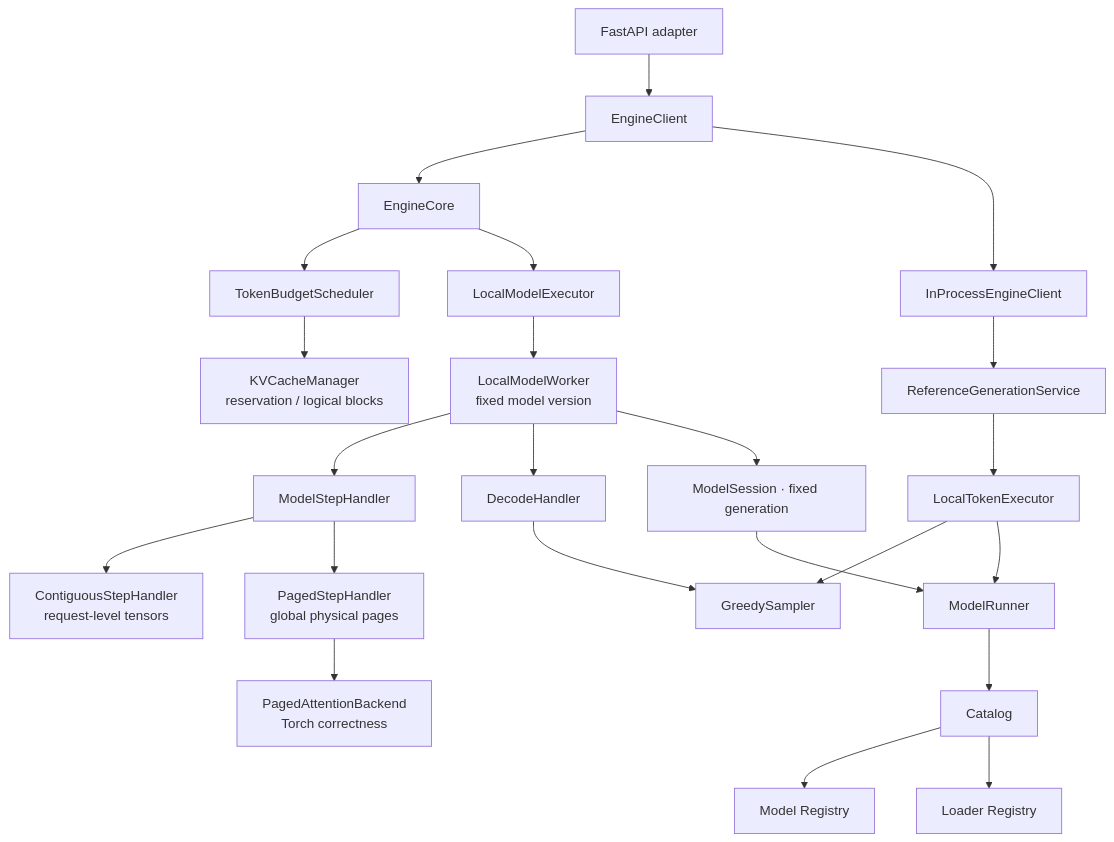
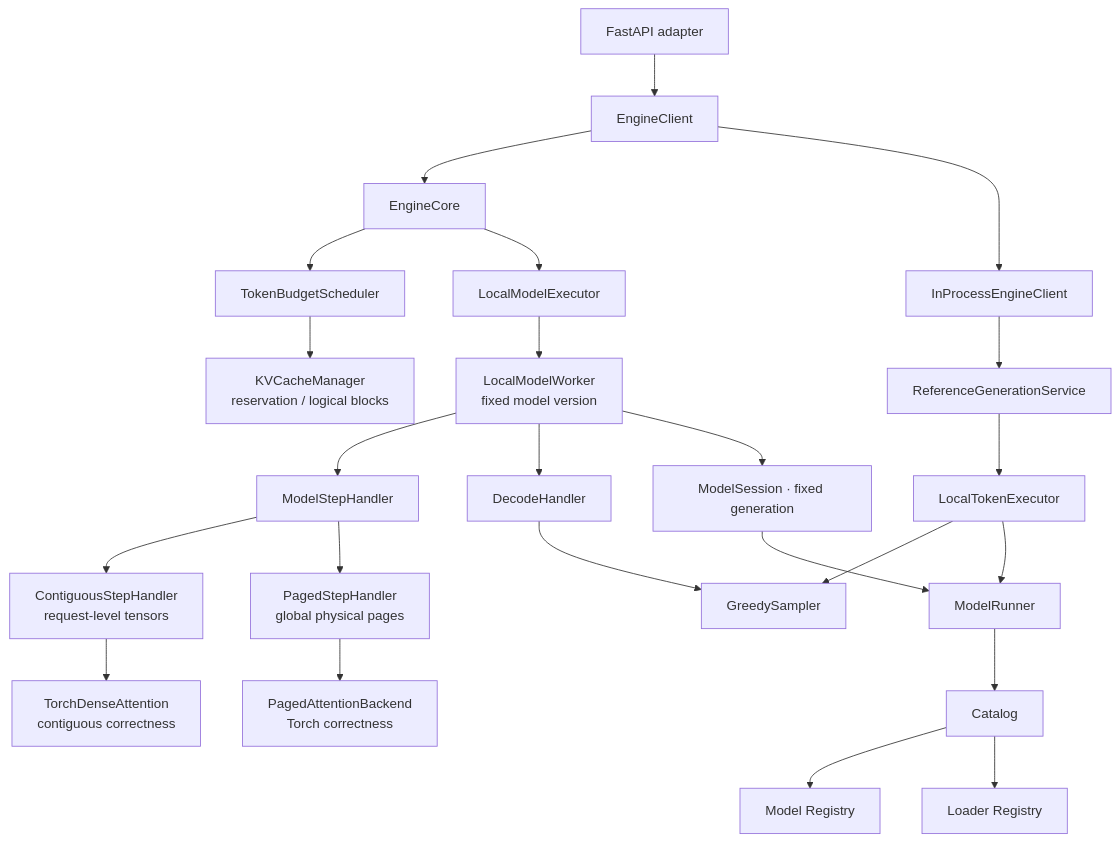
One commit to poorpaper/light-vllm changed the first of 3 diagrams in docs/design.md. Above: the diagram before and after it, drawn with Mermaid. The commit also changed other lines of this file and 3 other files, not shown here.

````diff
--- a/docs/design.md
+++ b/docs/design.md
@@ -58,28 +58,29 @@
 ```mermaid
 flowchart TB
     HTTP["FastAPI adapter"] --> Client["EngineClient"]
 
     Client --> Core["EngineCore"]
     Client --> Bridge["InProcessEngineClient"]
     Bridge --> Reference["ReferenceGenerationService"]
 
     Core --> Scheduler["TokenBudgetScheduler"]
     Scheduler --> LogicalKV["KVCacheManager<br/>reservation / logical blocks"]
     Core --> Executor["LocalModelExecutor"]
     Executor --> Worker["LocalModelWorker<br/>fixed model version"]
     Worker --> Step["ModelStepHandler"]
     Worker --> Decode["DecodeHandler"]
     Step --> Contiguous["ContiguousStepHandler<br/>request-level tensors"]
     Step --> Paged["PagedStepHandler<br/>global physical pages"]
+    Contiguous --> Dense["TorchDenseAttention<br/>contiguous correctness"]
     Paged --> Attention["PagedAttentionBackend<br/>Torch correctness"]
     Decode --> Sampler["GreedySampler"]
     Reference --> TokenExecutor["LocalTokenExecutor"]
     TokenExecutor --> Sampler
 
     Worker --> Session["ModelSession · fixed generation"]
     Session --> Runner["ModelRunner"]
     TokenExecutor --> Runner
     Runner --> Catalog["Catalog"]
     Catalog --> Models["Model Registry"]
     Catalog --> Loaders["Loader Registry"]
 ```
````
